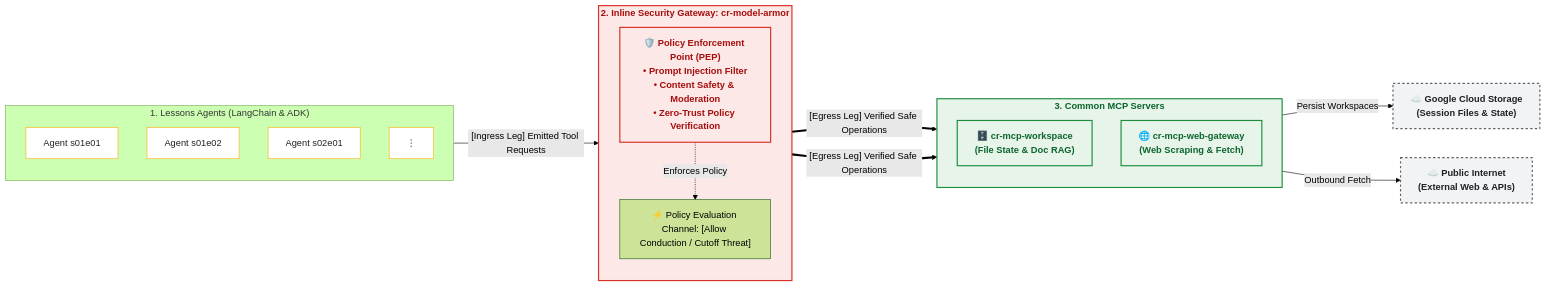
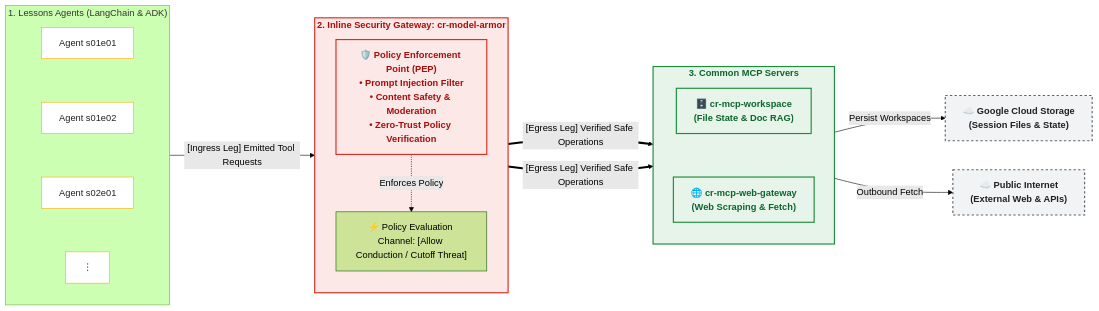
Before and after one commit to arturroo/af-aidevs: the diagram in README.md, drawn with Mermaid (forest theme).

Commit message:
docs: enforce vertical alignment of agent items in Mermaid architecture diagram

````diff
--- a/README.md
+++ b/README.md
@@ -20,47 +20,49 @@
 ```mermaid
 flowchart LR
     %% Styles
     classDef agentBox fill:#fef7e0,stroke:#f9ab00,stroke-width:2px,color:#b06000,font-weight:bold;
     classDef agentItem fill:#ffffff,stroke:#f9ab00,stroke-width:1px,color:#202124;
     classDef gateBox fill:#fce8e6,stroke:#d93025,stroke-width:2px,color:#a50e0e,font-weight:bold;
     classDef mcpNode fill:#e6f4ea,stroke:#1e8e3e,stroke-width:2px,color:#0d652d,font-weight:bold;
     classDef cloudNode fill:#f1f3f4,stroke:#5f6368,stroke-width:2px,stroke-dasharray: 4 4,color:#202124,font-weight:bold;
 
     %% 1. Lessons Agents (Vertical Stack) - Origin / Source
     subgraph AGENTS_BOX ["1. Lessons Agents (LangChain & ADK)"]
         direction TB
         A1["Agent s01e01"]:::agentItem
         A2["Agent s01e02"]:::agentItem
         A3["Agent s02e01"]:::agentItem
         ADOTS["⋮"]:::agentItem
+        A1 ~~~ A2 ~~~ A3 ~~~ ADOTS
     end
     class AGENTS_BOX agentBox;
 
     %% 2. Zero-Trust Policy Enforcement Point (PEP) - Gate
     subgraph TRANSISTOR_GATE ["2. Inline Security Gateway: cr-model-armor"]
         direction TB
         GATE_CTRL["🛡️ Policy Enforcement Point (PEP)<br/>• Prompt Injection Filter<br/>• Content Safety & Moderation<br/>• Zero-Trust Policy Verification"]:::gateBox
         CHANNEL["⚡ Policy Evaluation Channel: [Allow Conduction / Cutoff Threat]"]
         GATE_CTRL -.->|Enforces Policy| CHANNEL
     end
     class TRANSISTOR_GATE gateBox;
 
     %% 3. Common MCP Servers - Egress / Drain
     subgraph MCP_BOX ["3. Common MCP Servers"]
         direction TB
         MCP_WS["🗄️ cr-mcp-workspace<br/>(File State & Doc RAG)"]:::mcpNode
         MCP_WEB["🌐 cr-mcp-web-gateway<br/>(Web Scraping & Fetch)"]:::mcpNode
+        MCP_WS ~~~ MCP_WEB
     end
     class MCP_BOX mcpNode;
 
     %% 4. Target Clouds
     GCS["☁️ Google Cloud Storage<br/>(Session Files & State)"]:::cloudNode
     INET["☁️ Public Internet<br/>(External Web & APIs)"]:::cloudNode
 
     %% Left-to-Right Linear Flow
     AGENTS_BOX -->|"[Ingress Leg] Emitted Tool Requests"| CHANNEL
     CHANNEL ==>|"[Egress Leg] Verified Safe Operations"| MCP_WS
     CHANNEL ==>|"[Egress Leg] Verified Safe Operations"| MCP_WEB
     MCP_WS -->|Persist Workspaces| GCS
     MCP_WEB -->|Outbound Fetch| INET
 ```
````
